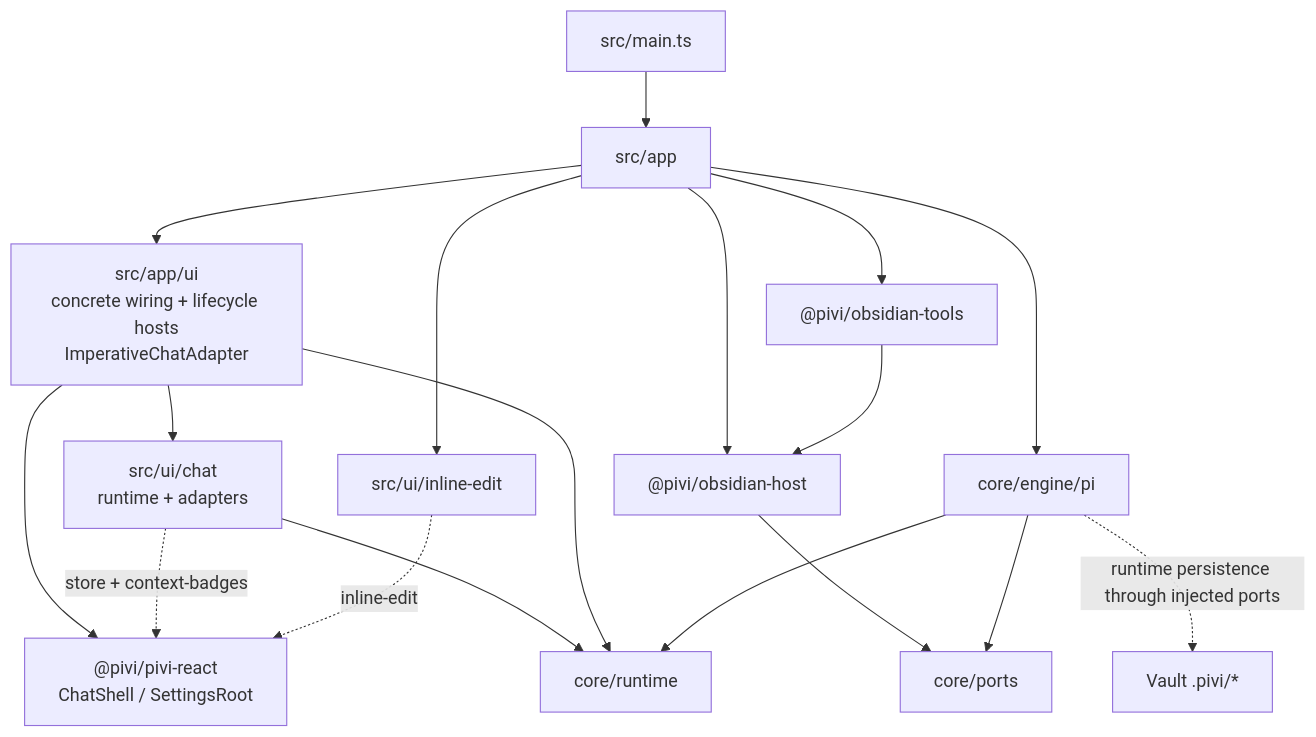
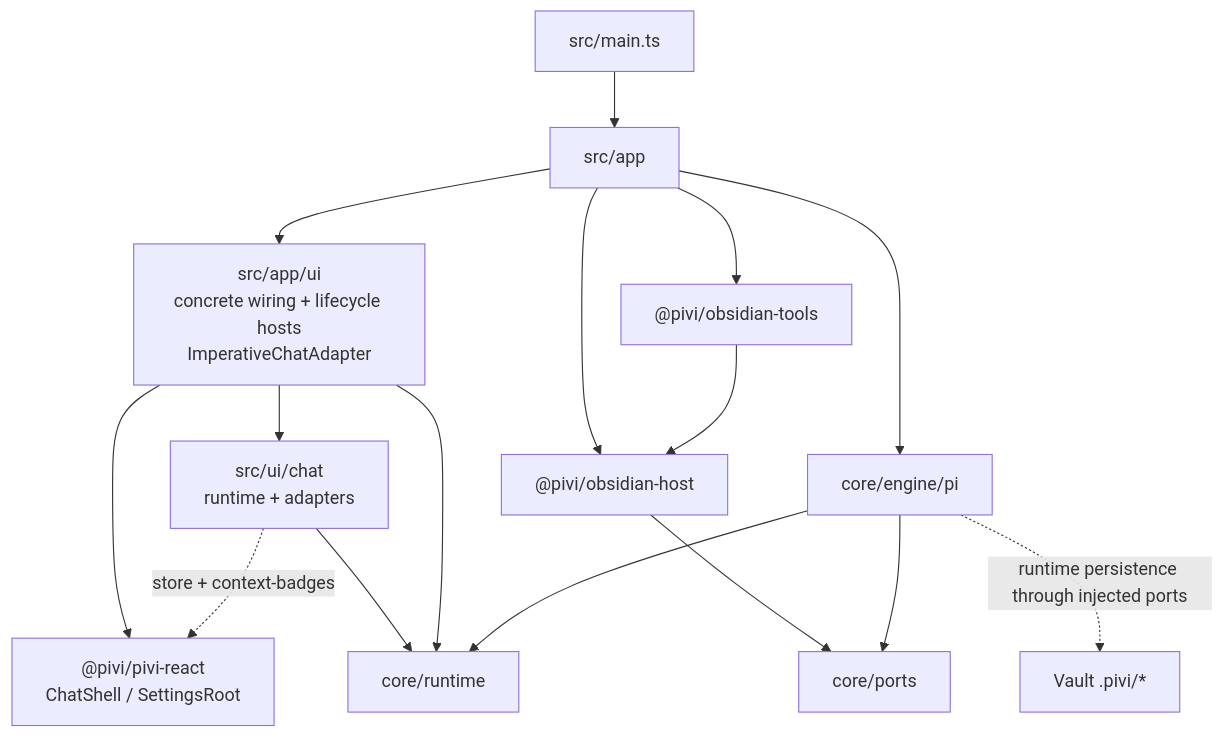
Before and after one commit to shuuul/obsidian-pivi: the second of 4 diagrams in AGENTS.md, drawn with Mermaid. The commit also changed other lines of this file and 70 other files, not shown here.

First line of the commit message:
refactor(editor): remove inline edit

````diff
--- a/AGENTS.md
+++ b/AGENTS.md
@@ -171,20 +171,18 @@
 ```mermaid
 flowchart TD
   Main["src/main.ts"] --> App["src/app"]
   App --> AppUI["src/app/ui<br/>concrete wiring + lifecycle hosts<br/>ImperativeChatAdapter"]
   AppUI --> ReactUI["@pivi/pivi-react<br/>ChatShell / SettingsRoot"]
   AppUI --> Chat["src/ui/chat<br/>runtime + adapters"]
-  App --> Inline["src/ui/inline-edit"]
   Chat -. "store + context-badges" .-> ReactUI
-  Inline -. "inline-edit" .-> ReactUI
   App --> Engine["core/engine/pi"]
   Chat --> RuntimeContracts["core/runtime"]
   App --> ToolsPkg["@pivi/obsidian-tools"]
   App --> HostPkg["@pivi/obsidian-host"]
   AppUI --> RuntimeContracts
   ToolsPkg --> HostPkg
   HostPkg --> Ports["core/ports"]
   Engine --> Ports
   Engine --> RuntimeContracts
   Engine -. "runtime persistence through injected ports" .-> Vault["Vault .pivi/*"]
 ```
````
